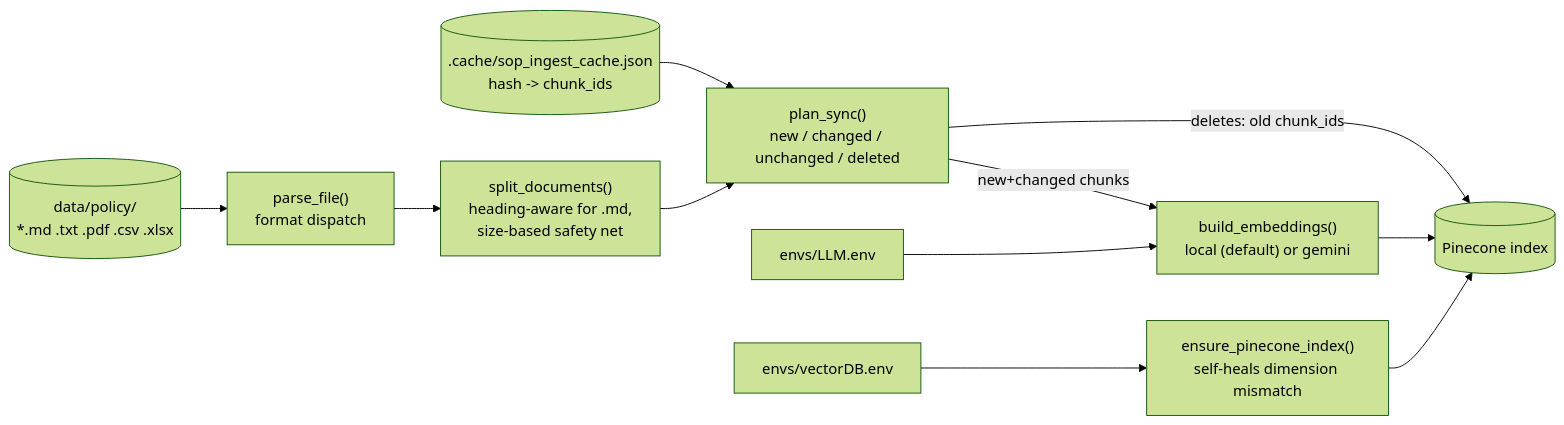
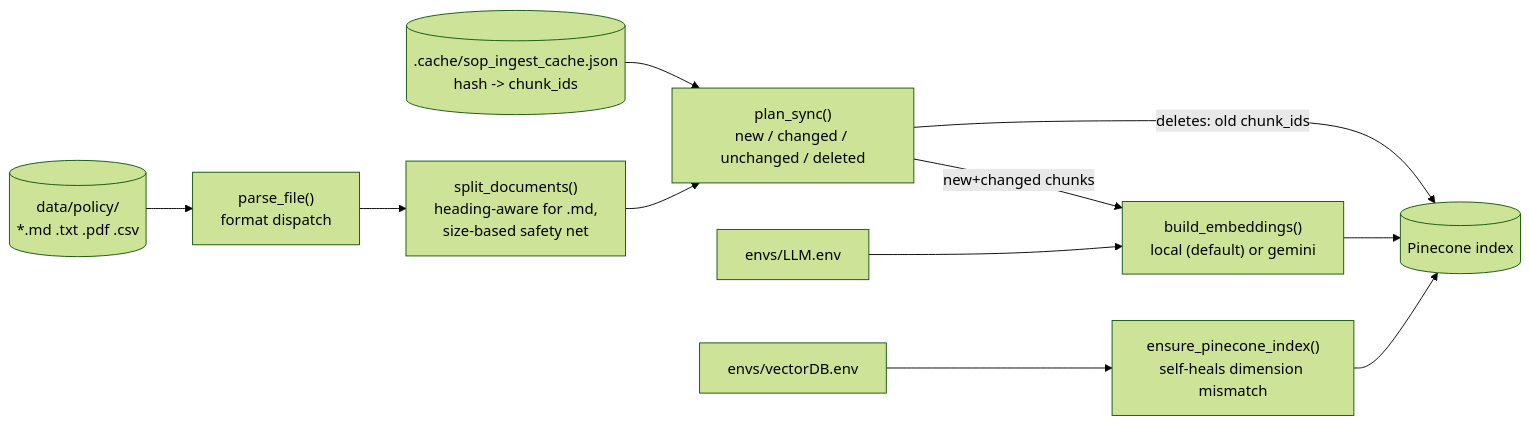
One commit to ibraheem15/supply-chain-data-assistant changed the fourth of 7 diagrams in docs/domain-model.md. Above: the diagram before and after it, drawn with Mermaid (forest theme). The commit also changed other lines of this file and 4 other files, not shown here.

Commit message:
Phase 3a (complete): Add CSV and TXT support to SOP ingestion; drop XLSX from docs

````diff
--- a/docs/domain-model.md
+++ b/docs/domain-model.md
@@ -111,13 +110,13 @@
 ```mermaid
 flowchart LR
-    Files[("data/policy/\n*.md .txt .pdf .csv .xlsx")] --> Parse["parse_file()\nformat dispatch"]
+    Files[("data/policy/\n*.md .txt .pdf .csv")] --> Parse["parse_file()\nformat dispatch"]
     Parse --> Split["split_documents()\nheading-aware for .md,\nsize-based safety net"]
     Cache[(".cache/sop_ingest_cache.json\nhash -> chunk_ids")] --> Plan["plan_sync()\nnew / changed / unchanged / deleted"]
     Split --> Plan
     Plan -->|deletes: old chunk_ids| VectorStore[("Pinecone index")]
     Plan -->|new+changed chunks| Embed["build_embeddings()\nlocal (default) or gemini"]
     Embed --> VectorStore
     VectorDBEnv["envs/vectorDB.env"] --> Provision["ensure_pinecone_index()\nself-heals dimension mismatch"]
     Provision --> VectorStore
     LLMEnv["envs/LLM.env"] --> Embed
 ```
````
